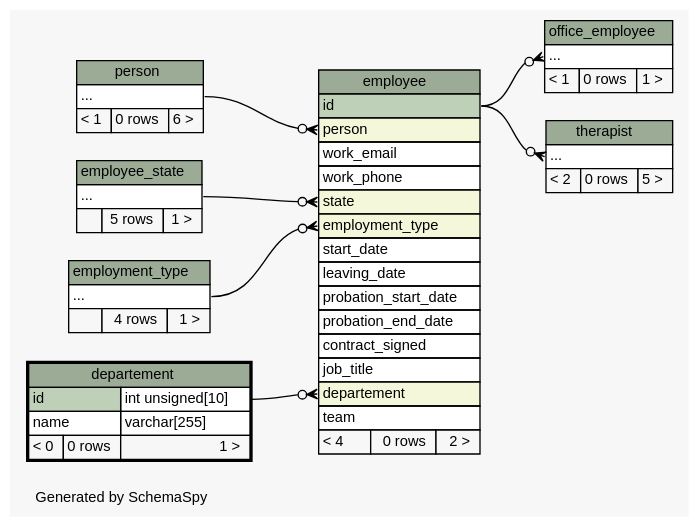
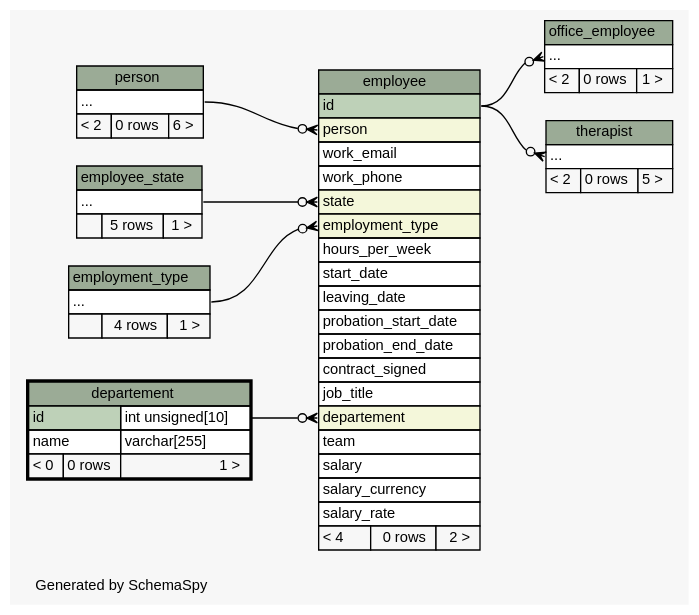
One commit to KaiBMP/KaiBMP.github.io changed the diagram in diagrams/departement.2degrees.dot. Above: the diagram before and after it, drawn with Graphviz. The commit also changed 136 other files, not shown here.

Commit message:
schemaspy update

```diff
--- a/diagrams/departement.2degrees.dot
+++ b/diagrams/departement.2degrees.dot
@@ -1,112 +1,116 @@
 // dot 2.40.1 on Linux 5.3.0-28-generic
 // SchemaSpy rev 590
 digraph "twoDegreesRelationshipsDiagram" {
   graph [
     rankdir="RL"
     bgcolor="#f7f7f7"
     label="\nGenerated by SchemaSpy"
     labeljust="l"
     nodesep="0.18"
     ranksep="0.46"
     fontname="Helvetica"
     fontsize="11"
   ];
   node [
     fontname="Helvetica"
     fontsize="11"
     shape="plaintext"
   ];
   edge [
     arrowsize="0.8"
   ];
   "employee":"departement":w -> "departement":"id.type":e [arrowhead=none dir=back arrowtail=crowodot];
   "employee":"employment_type":w -> "employment_type":"elipses":e [arrowhead=none dir=back arrowtail=crowodot];
   "employee":"person":w -> "person":"elipses":e [arrowhead=none dir=back arrowtail=crowodot];
   "employee":"state":w -> "employee_state":"elipses":e [arrowhead=none dir=back arrowtail=crowodot];
   "office_employee":"elipses":w -> "employee":"id":e [arrowhead=none dir=back arrowtail=crowodot];
   "therapist":"elipses":w -> "employee":"id":e [arrowhead=none dir=back arrowtail=crowodot];
   "departement" [
     label=<
     <TABLE BORDER="2" CELLBORDER="1" CELLSPACING="0" BGCOLOR="#ffffff">
       <TR><TD COLSPAN="3" BGCOLOR="#9bab96" ALIGN="CENTER">departement</TD></TR>
       <TR><TD PORT="id" COLSPAN="2" BGCOLOR="#bed1b8" ALIGN="LEFT">id</TD><TD PORT="id.type" ALIGN="LEFT">int unsigned[10]</TD></TR>
       <TR><TD PORT="name" COLSPAN="2" ALIGN="LEFT">name</TD><TD PORT="name.type" ALIGN="LEFT">varchar[255]</TD></TR>
       <TR><TD ALIGN="LEFT" BGCOLOR="#f7f7f7">&lt; 0</TD><TD ALIGN="RIGHT" BGCOLOR="#f7f7f7">0 rows</TD><TD ALIGN="RIGHT" BGCOLOR="#f7f7f7">1 &gt;</TD></TR>
     </TABLE>>
     URL="departement.html"
     tooltip="departement"
   ];
   "employee" [
     label=<
     <TABLE BORDER="0" CELLBORDER="1" CELLSPACING="0" BGCOLOR="#ffffff">
       <TR><TD COLSPAN="3" BGCOLOR="#9bab96" ALIGN="CENTER">employee</TD></TR>
       <TR><TD PORT="id" COLSPAN="3" BGCOLOR="#bed1b8" ALIGN="LEFT">id</TD></TR>
       <TR><TD PORT="person" COLSPAN="3" BGCOLOR="#f4f7da" ALIGN="LEFT">person</TD></TR>
       <TR><TD PORT="work_email" COLSPAN="3" ALIGN="LEFT">work_email</TD></TR>
       <TR><TD PORT="work_phone" COLSPAN="3" ALIGN="LEFT">work_phone</TD></TR>
       <TR><TD PORT="state" COLSPAN="3" BGCOLOR="#f4f7da" ALIGN="LEFT">state</TD></TR>
       <TR><TD PORT="employment_type" COLSPAN="3" BGCOLOR="#f4f7da" ALIGN="LEFT">employment_type</TD></TR>
+      <TR><TD PORT="hours_per_week" COLSPAN="3" ALIGN="LEFT">hours_per_week</TD></TR>
       <TR><TD PORT="start_date" COLSPAN="3" ALIGN="LEFT">start_date</TD></TR>
       <TR><TD PORT="leaving_date" COLSPAN="3" ALIGN="LEFT">leaving_date</TD></TR>
       <TR><TD PORT="probation_start_date" COLSPAN="3" ALIGN="LEFT">probation_start_date</TD></TR>
       <TR><TD PORT="probation_end_date" COLSPAN="3" ALIGN="LEFT">probation_end_date</TD></TR>
       <TR><TD PORT="contract_signed" COLSPAN="3" ALIGN="LEFT">contract_signed</TD></TR>
       <TR><TD PORT="job_title" COLSPAN="3" ALIGN="LEFT">job_title</TD></TR>
       <TR><TD PORT="departement" COLSPAN="3" BGCOLOR="#f4f7da" ALIGN="LEFT">departement</TD></TR>
       <TR><TD PORT="team" COLSPAN="3" ALIGN="LEFT">team</TD></TR>
+      <TR><TD PORT="salary" COLSPAN="3" ALIGN="LEFT">salary</TD></TR>
+      <TR><TD PORT="salary_currency" COLSPAN="3" ALIGN="LEFT">salary_currency</TD></TR>
+      <TR><TD PORT="salary_rate" COLSPAN="3" ALIGN="LEFT">salary_rate</TD></TR>
       <TR><TD ALIGN="LEFT" BGCOLOR="#f7f7f7">&lt; 4</TD><TD ALIGN="RIGHT" BGCOLOR="#f7f7f7">0 rows</TD><TD ALIGN="RIGHT" BGCOLOR="#f7f7f7">2 &gt;</TD></TR>
     </TABLE>>
     URL="employee.html"
     tooltip="employee"
   ];
   "employee_state" [
     label=<
     <TABLE BORDER="0" CELLBORDER="1" CELLSPACING="0" BGCOLOR="#ffffff">
       <TR><TD COLSPAN="3" BGCOLOR="#9bab96" ALIGN="CENTER">employee_state</TD></TR>
       <TR><TD PORT="elipses" COLSPAN="3" ALIGN="LEFT">...</TD></TR>
       <TR><TD ALIGN="LEFT" BGCOLOR="#f7f7f7">  </TD><TD ALIGN="RIGHT" BGCOLOR="#f7f7f7">5 rows</TD><TD ALIGN="RIGHT" BGCOLOR="#f7f7f7">1 &gt;</TD></TR>
     </TABLE>>
     URL="employee_state.html"
     tooltip="employee_state"
   ];
   "employment_type" [
     label=<
     <TABLE BORDER="0" CELLBORDER="1" CELLSPACING="0" BGCOLOR="#ffffff">
       <TR><TD COLSPAN="3" BGCOLOR="#9bab96" ALIGN="CENTER">employment_type</TD></TR>
       <TR><TD PORT="elipses" COLSPAN="3" ALIGN="LEFT">...</TD></TR>
       <TR><TD ALIGN="LEFT" BGCOLOR="#f7f7f7">  </TD><TD ALIGN="RIGHT" BGCOLOR="#f7f7f7">4 rows</TD><TD ALIGN="RIGHT" BGCOLOR="#f7f7f7">1 &gt;</TD></TR>
     </TABLE>>
     URL="employment_type.html"
     tooltip="employment_type"
   ];
   "office_employee" [
     label=<
     <TABLE BORDER="0" CELLBORDER="1" CELLSPACING="0" BGCOLOR="#ffffff">
       <TR><TD COLSPAN="3" BGCOLOR="#9bab96" ALIGN="CENTER">office_employee</TD></TR>
       <TR><TD PORT="elipses" COLSPAN="3" ALIGN="LEFT">...</TD></TR>
-      <TR><TD ALIGN="LEFT" BGCOLOR="#f7f7f7">&lt; 1</TD><TD ALIGN="RIGHT" BGCOLOR="#f7f7f7">0 rows</TD><TD ALIGN="RIGHT" BGCOLOR="#f7f7f7">1 &gt;</TD></TR>
+      <TR><TD ALIGN="LEFT" BGCOLOR="#f7f7f7">&lt; 2</TD><TD ALIGN="RIGHT" BGCOLOR="#f7f7f7">0 rows</TD><TD ALIGN="RIGHT" BGCOLOR="#f7f7f7">1 &gt;</TD></TR>
     </TABLE>>
     URL="office_employee.html"
     tooltip="office_employee"
   ];
   "person" [
     label=<
     <TABLE BORDER="0" CELLBORDER="1" CELLSPACING="0" BGCOLOR="#ffffff">
       <TR><TD COLSPAN="3" BGCOLOR="#9bab96" ALIGN="CENTER">person</TD></TR>
       <TR><TD PORT="elipses" COLSPAN="3" ALIGN="LEFT">...</TD></TR>
-      <TR><TD ALIGN="LEFT" BGCOLOR="#f7f7f7">&lt; 1</TD><TD ALIGN="RIGHT" BGCOLOR="#f7f7f7">0 rows</TD><TD ALIGN="RIGHT" BGCOLOR="#f7f7f7">6 &gt;</TD></TR>
+      <TR><TD ALIGN="LEFT" BGCOLOR="#f7f7f7">&lt; 2</TD><TD ALIGN="RIGHT" BGCOLOR="#f7f7f7">0 rows</TD><TD ALIGN="RIGHT" BGCOLOR="#f7f7f7">6 &gt;</TD></TR>
     </TABLE>>
     URL="person.html"
     tooltip="person"
   ];
   "therapist" [
     label=<
     <TABLE BORDER="0" CELLBORDER="1" CELLSPACING="0" BGCOLOR="#ffffff">
       <TR><TD COLSPAN="3" BGCOLOR="#9bab96" ALIGN="CENTER">therapist</TD></TR>
       <TR><TD PORT="elipses" COLSPAN="3" ALIGN="LEFT">...</TD></TR>
       <TR><TD ALIGN="LEFT" BGCOLOR="#f7f7f7">&lt; 2</TD><TD ALIGN="RIGHT" BGCOLOR="#f7f7f7">0 rows</TD><TD ALIGN="RIGHT" BGCOLOR="#f7f7f7">5 &gt;</TD></TR>
     </TABLE>>
     URL="therapist.html"
     tooltip="therapist"
   ];
 }
```
